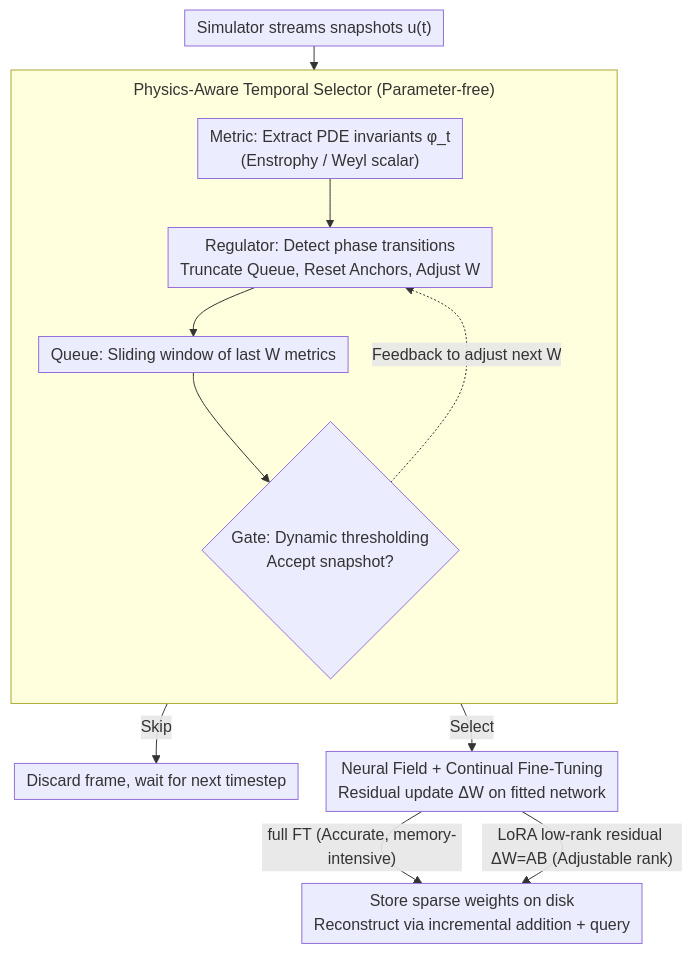
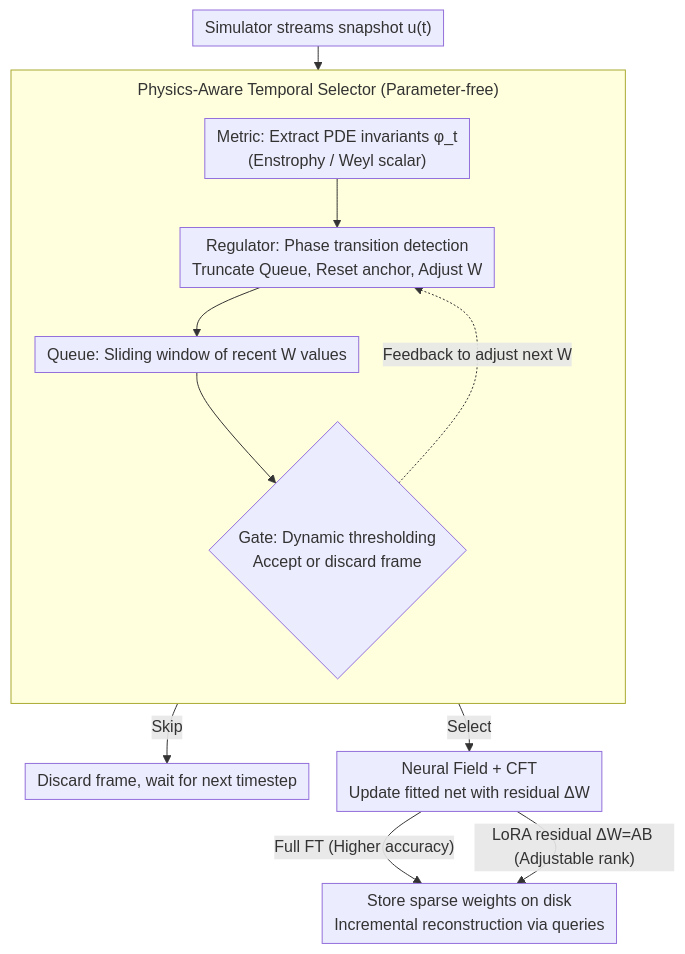
The diagram in docs/ICML2026/physics/antic_adaptive_neural_temporal_in-situ_compressor.md (zhaoyang97/Paper-Notes-en), drawn with Mermaid before and after one commit. The commit also changed other lines of this file and 5084 other files, not shown here.

````diff
--- a/docs/ICML2026/physics/antic_adaptive_neural_temporal_in-situ_compressor.md
+++ b/docs/ICML2026/physics/antic_adaptive_neural_temporal_in-situ_compressor.md
@@ -46,18 +46,18 @@
 ```mermaid
 %%{init: {'flowchart': {'rankSpacing': 24, 'nodeSpacing': 28, 'padding': 6, 'wrappingWidth': 400, 'subGraphTitleMargin': {'top': 8, 'bottom': 16}}}}%%
 flowchart TD
-    IN["Simulator streams snapshots u(t)"] --> M
+    IN["Simulator streams snapshot u(t)"] --> M
     subgraph PATS["Physics-Aware Temporal Selector (Parameter-free)"]
         direction TB
         M["Metric: Extract PDE invariants φ_t<br/>(Enstrophy / Weyl scalar)"]
-        R["Regulator: Detect phase transitions<br/>Truncate Queue, Reset Anchors, Adjust W"]
-        Q["Queue: Sliding window of last W metrics"]
-        G{"Gate: Dynamic thresholding<br/>Accept snapshot?"}
+        R["Regulator: Phase transition detection<br/>Truncate Queue, Reset anchor, Adjust W"]
+        Q["Queue: Sliding window of recent W values"]
+        G{"Gate: Dynamic thresholding<br/>Accept or discard frame"}
         M --> R --> Q --> G
         G -.Feedback to adjust next W.-> R
     end
     G -->|Skip| SKIP["Discard frame, wait for next timestep"]
-    G -->|Select| NF["Neural Field + Continual Fine-Tuning<br/>Residual update ΔW on fitted network"]
-    NF -->|"full FT (Accurate, memory-intensive)"| OUT
-    NF -->|"LoRA low-rank residual ΔW=AB (Adjustable rank)"| OUT["Store sparse weights on disk<br/>Reconstruct via incremental addition + query"]
+    G -->|Select| NF["Neural Field + CFT<br/>Update fitted net with residual ΔW"]
+    NF -->|"Full FT (Higher accuracy)"| OUT
+    NF -->|"LoRA residual ΔW=AB (Adjustable rank)"| OUT["Store sparse weights on disk<br/>Incremental reconstruction via queries"]
 ```
````
